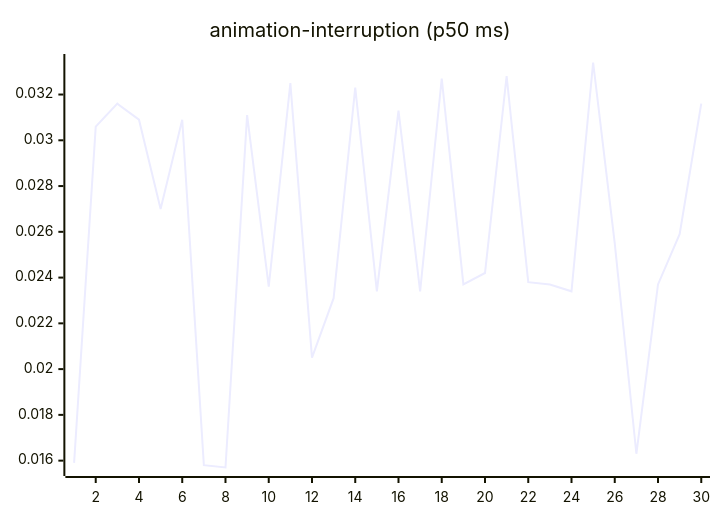
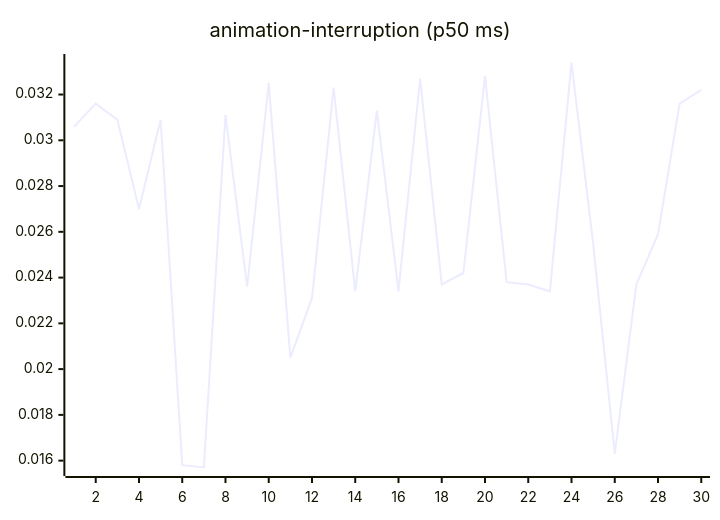
One commit to josha/Facet changed the third of 27 diagrams in README.md. Above: the diagram before and after it, drawn with Mermaid. The commit also changed other lines of this file and 2 other files, not shown here.

````diff
--- a/README.md
+++ b/README.md
@@ -77,6 +77,6 @@
 ```mermaid
 xychart-beta
     title "animation-interruption (p50 ms)"
     x-axis 1 --> 30
-    line [0.0159, 0.0306, 0.0316, 0.0309, 0.0270, 0.0309, 0.0158, 0.0157, 0.0311, 0.0236, 0.0325, 0.0205, 0.0231, 0.0323, 0.0234, 0.0313, 0.0234, 0.0327, 0.0237, 0.0242, 0.0328, 0.0238, 0.0237, 0.0234, 0.0334, 0.0255, 0.0163, 0.0237, 0.0259, 0.0316]
+    line [0.0306, 0.0316, 0.0309, 0.0270, 0.0309, 0.0158, 0.0157, 0.0311, 0.0236, 0.0325, 0.0205, 0.0231, 0.0323, 0.0234, 0.0313, 0.0234, 0.0327, 0.0237, 0.0242, 0.0328, 0.0238, 0.0237, 0.0234, 0.0334, 0.0255, 0.0163, 0.0237, 0.0259, 0.0316, 0.0322]
 ```
````
